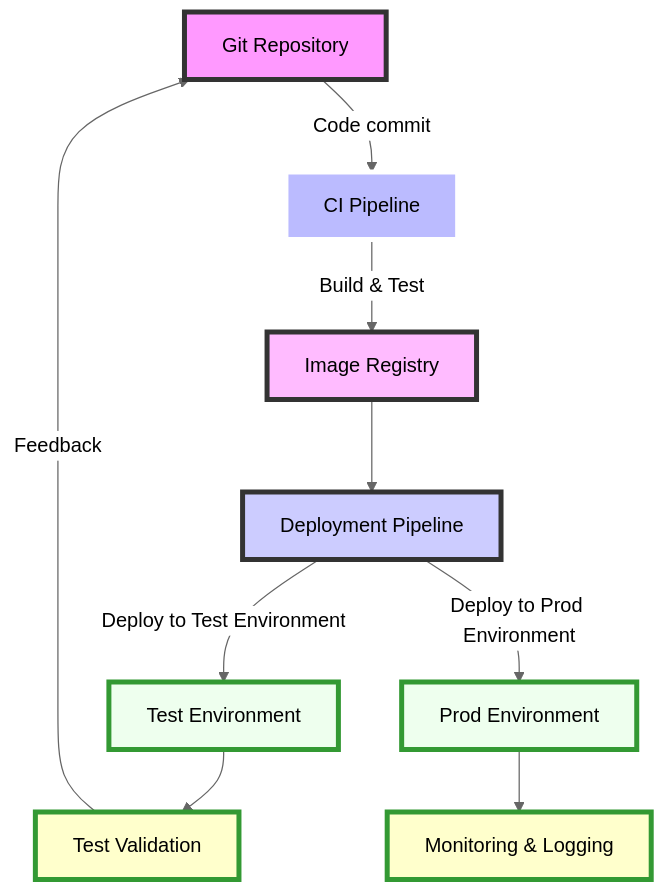
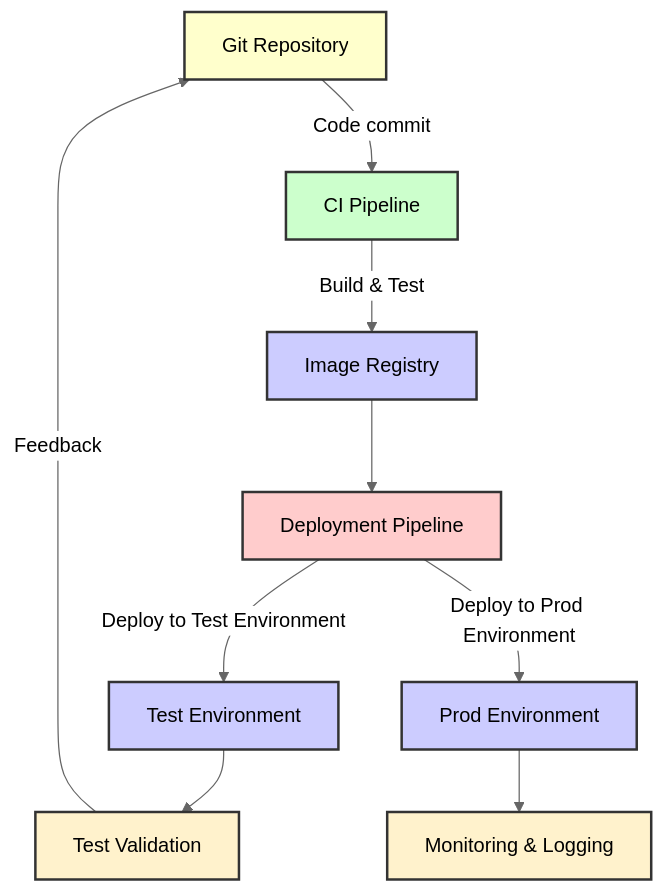
One commit to cwilson613/diagrams changed the diagram in mermaid/README.md. Above: the diagram before and after it, drawn with Mermaid (neutral theme). The commit also changed 1 other file, not shown here.

````diff
--- a/mermaid/README.md
+++ b/mermaid/README.md
@@ -6,27 +6,25 @@
 ```mermaid
 graph TD
     A[Git Repository] -->|Code commit| B[CI Pipeline]
     B -->|Build & Test| C[Image Registry]
     C --> D[Deployment Pipeline]
     D -->|Deploy to Test Environment| E[Test Environment]
     D -->|Deploy to Prod Environment| F[Prod Environment]
     E --> G[Test Validation]
     G -->|Feedback| A
     F --> H[Monitoring & Logging]
 
-    classDef git fill:#f9f,stroke:#333,stroke-width:4px;
-    classDef ci fill:#bbf,stroke:#fff,stroke-width:4px;
-    classDef registry fill:#fbf,stroke:#333,stroke-width:4px;
-    classDef deployment fill:#ccf,stroke:#333,stroke-width:4px;
-    classDef env fill:#efe,stroke:#393,stroke-width:4px;
-    classDef monitoring fill:#ffc,stroke:#393,stroke-width:4px;
+    classDef git fill:#ffffcc,stroke:#333,stroke-width:2px;
+    classDef ci fill:#ccffcc,stroke:#333,stroke-width:2px;
+    classDef registry fill:#ccccff,stroke:#333,stroke-width:2px;
+    classDef deployment fill:#ffcccc,stroke:#333,stroke-width:2px;
+    classDef env fill:#ccccff,stroke:#333,stroke-width:2px;
+    classDef monitoring fill:#fff2cc,stroke:#333,stroke-width:2px;
 
     class A git;
     class B ci;
     class C registry;
     class D deployment;
     class E,F env;
-    class G monitoring;
-    class H monitoring;
-
+    class G,H monitoring;
 ```
````
